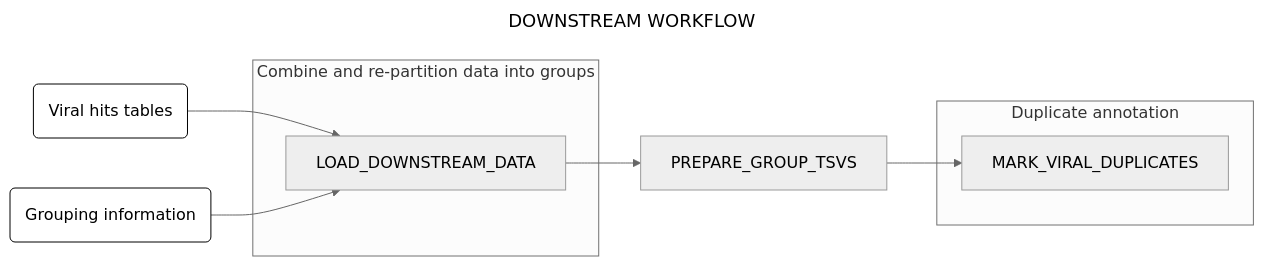
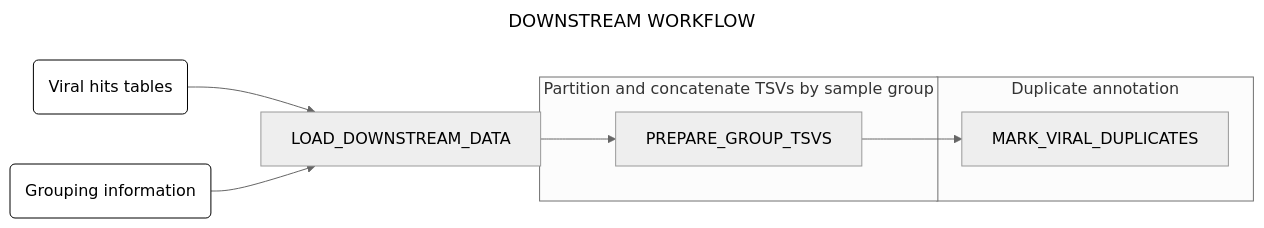
The first of 3 diagrams in docs/downstream.md (naobservatory/mgs-workflow), drawn with Mermaid (neutral theme) before and after one commit. The commit also changed other lines of this file and 2 other files, not shown here.

````diff
--- a/docs/downstream.md
+++ b/docs/downstream.md
@@ -9,19 +9,19 @@
 ```mermaid
 ---
 title: DOWNSTREAM WORKFLOW
 config:
   layout: horizontal
 ---
 flowchart LR
 A(Viral hits tables) & B(Grouping information) --> C[LOAD_DOWNSTREAM_DATA]
 C --> D[PREPARE_GROUP_TSVS]
 D --> E[MARK_VIRAL_DUPLICATES]
-subgraph "Combine and re-partition data into groups"
-C
+subgraph "Partition and concatenate TSVs by sample group"
+D
 end
 subgraph "Duplicate annotation"
 E
 end
 style A fill:#fff,stroke:#000
 style B fill:#fff,stroke:#000
 ```
````
